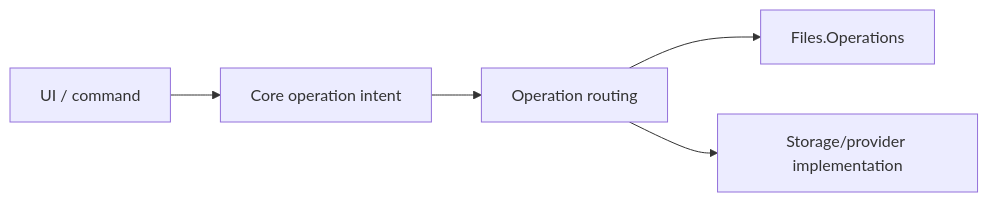
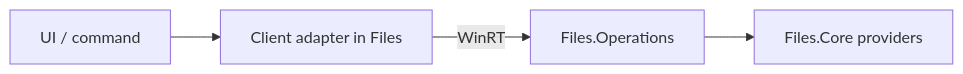
The diagram in docs/architecture/operations.md (0x5bfa/ReFiles), drawn with Mermaid before and after one commit. The commit also changed other lines of this file and 4 other files, not shown here.

Commit message:
Document WinRT operation server architecture

````diff
--- a/docs/architecture/operations.md
+++ b/docs/architecture/operations.md
@@ -15,12 +17,11 @@
 ```mermaid
 flowchart LR
     UI[UI / command]
-    Core[Core operation intent]
-    Router[Operation routing]
+    Client[Client adapter in Files]
     Host[Files.Operations]
-    Provider[Storage/provider implementation]
+    Provider[Files.Core providers]
 
-    UI --> Core --> Router
-    Router --> Host
-    Router --> Provider
+    UI --> Client
+    Client -->|WinRT| Host
+    Host --> Provider
 ```
````
